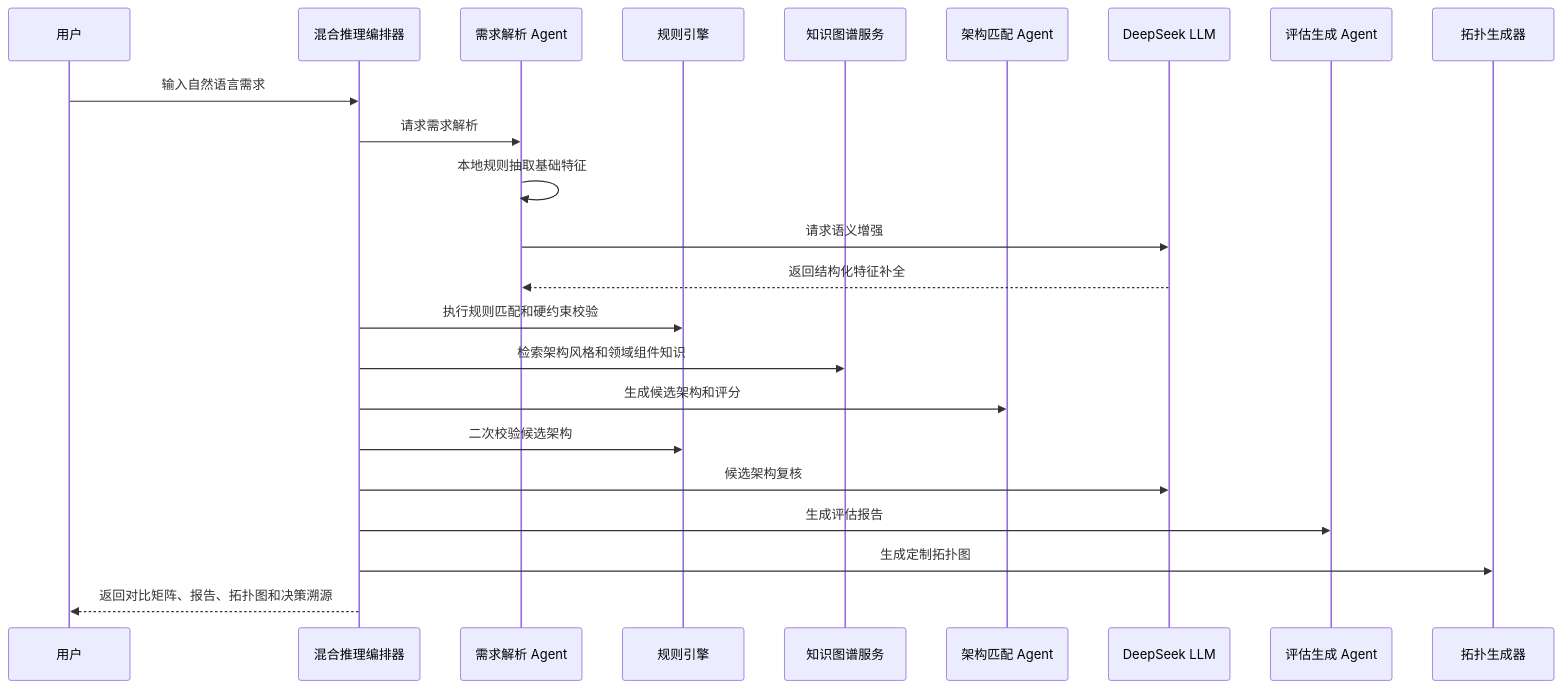
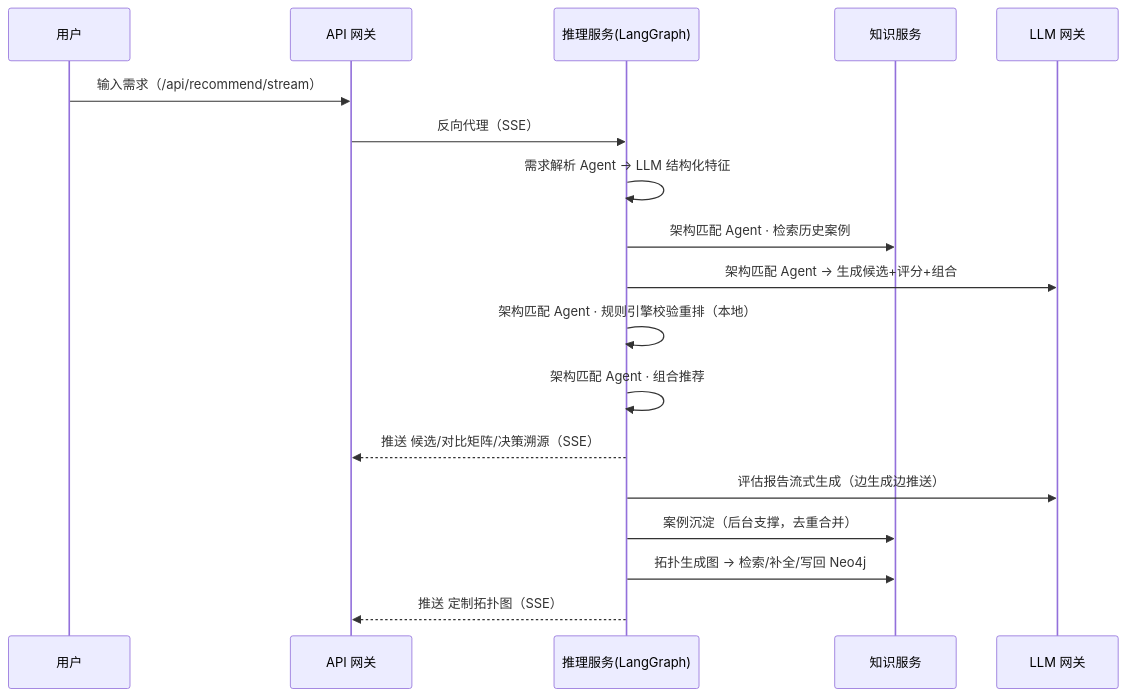
The third of 3 diagrams in docs/架构设计文档.md (Lumina-s/archwise_v2), drawn with Mermaid before and after one commit. The commit also changed other lines of this file and 24 other files, not shown here.

````diff
--- a/docs/架构设计文档.md
+++ b/docs/架构设计文档.md
@@ -98,26 +80,20 @@
 ```mermaid
 sequenceDiagram
   participant U as 用户
-  participant O as 混合推理编排器
-  participant P as 需求解析 Agent
-  participant R as 规则引擎
-  participant K as 知识图谱服务
-  participant M as 架构匹配 Agent
-  participant L as DeepSeek LLM
-  participant E as 评估生成 Agent
-  participant T as 拓扑生成器
-
-  U->>O: 输入自然语言需求
-  O->>P: 请求需求解析
-  P->>P: 本地规则抽取基础特征
-  P->>L: 请求语义增强
-  L-->>P: 返回结构化特征补全
-  O->>R: 执行规则匹配和硬约束校验
-  O->>K: 检索架构风格和领域组件知识
-  O->>M: 生成候选架构和评分
-  O->>R: 二次校验候选架构
-  O->>L: 候选架构复核
-  O->>E: 生成评估报告
-  O->>T: 生成定制拓扑图
-  O-->>U: 返回对比矩阵、报告、拓扑图和决策溯源
+  participant GW as API 网关
+  participant RS as 推理服务(LangGraph)
+  participant KS as 知识服务
+  participant LG as LLM 网关
+  U->>GW: 输入需求（/api/recommend/stream）
+  GW->>RS: 反向代理（SSE）
+  RS->>RS: 需求解析 Agent → LLM 结构化特征
+  RS->>KS: 架构匹配 Agent · 检索历史案例
+  RS->>LG: 架构匹配 Agent → 生成候选+评分+组合
+  RS->>RS: 架构匹配 Agent · 规则引擎校验重排（本地）
+  RS->>RS: 架构匹配 Agent · 组合推荐
+  RS-->>GW: 推送 候选/对比矩阵/决策溯源（SSE）
+  RS->>LG: 评估报告流式生成（边生成边推送）
+  RS->>KS: 案例沉淀（后台支撑，去重合并）
+  RS->>KS: 拓扑生成图 → 检索/补全/写回 Neo4j
+  RS-->>GW: 推送 定制拓扑图（SSE）
 ```
````
